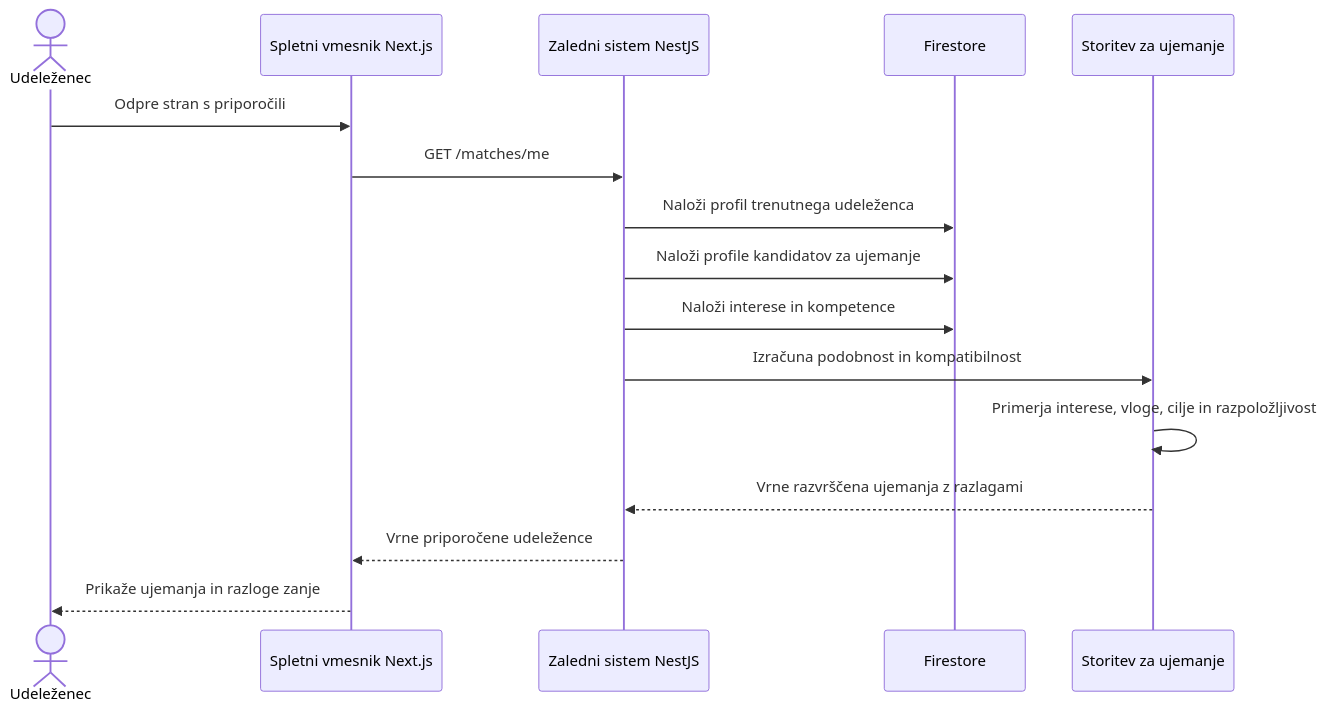
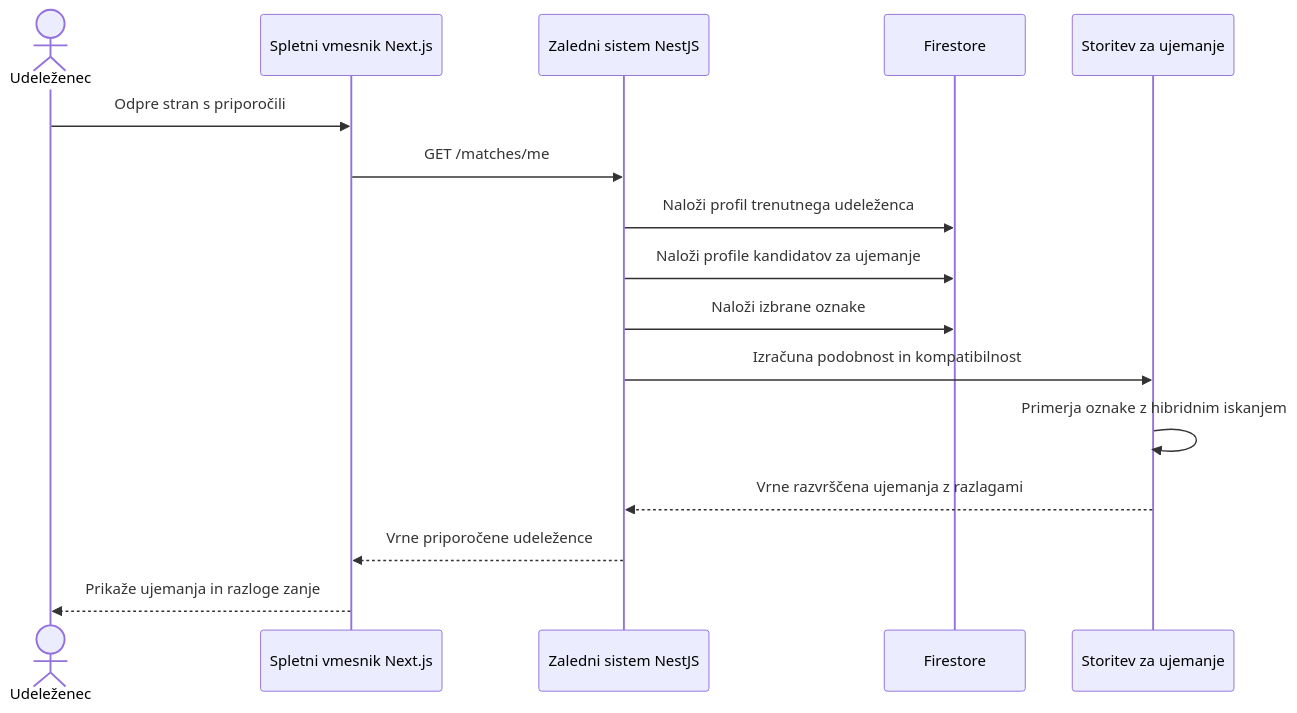
Before and after one commit to nikop36/confera: the third of 5 diagrams in docs/03-nacrt/diagrami/Sequence diagram/README.md, drawn with Mermaid. The commit also changed other lines of this file and 42 other files, not shown here.

````diff
--- a/docs/03-nacrt/diagrami/Sequence diagram/README.md
+++ b/docs/03-nacrt/diagrami/Sequence diagram/README.md
@@ -60,19 +60,19 @@
 ```mermaid
 sequenceDiagram
     actor P as Udeleženec
     participant FE as Spletni vmesnik Next.js
     participant API as Zaledni sistem NestJS
     participant DB as Firestore
     participant Match as Storitev za ujemanje
 
     P->>FE: Odpre stran s priporočili
     FE->>API: GET /matches/me
     API->>DB: Naloži profil trenutnega udeleženca
     API->>DB: Naloži profile kandidatov za ujemanje
-    API->>DB: Naloži interese in kompetence
+    API->>DB: Naloži izbrane oznake
     API->>Match: Izračuna podobnost in kompatibilnost
-    Match->>Match: Primerja interese, vloge, cilje in razpoložljivost
+    Match->>Match: Primerja oznake z hibridnim iskanjem
     Match-->>API: Vrne razvrščena ujemanja z razlagami
     API-->>FE: Vrne priporočene udeležence
     FE-->>P: Prikaže ujemanja in razloge zanje
 ```
````
